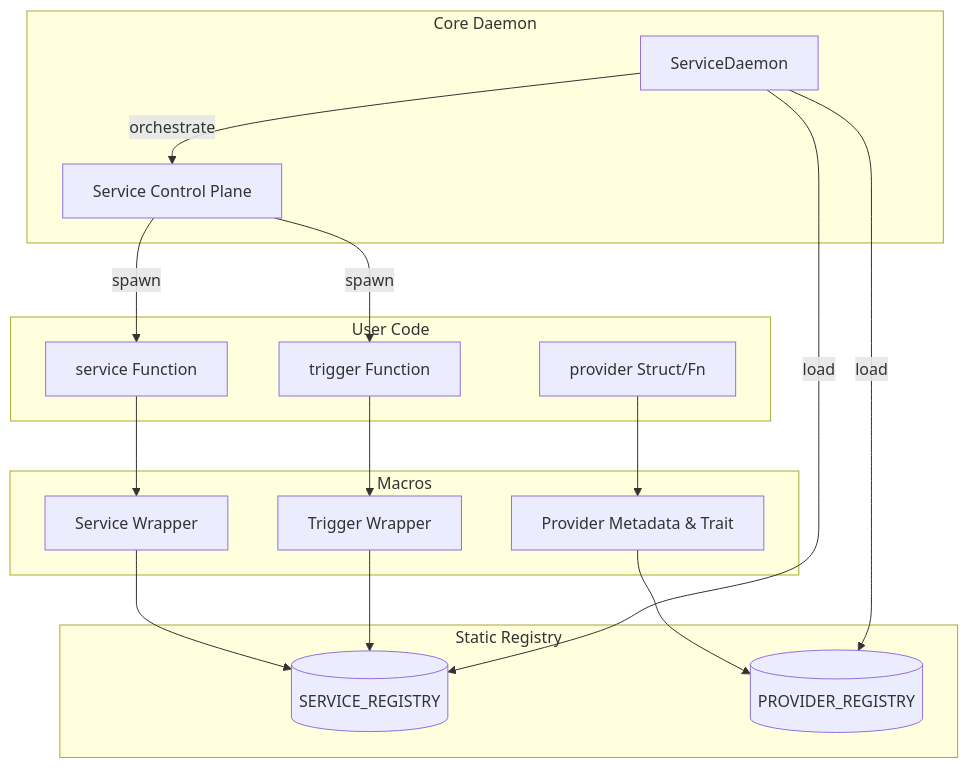
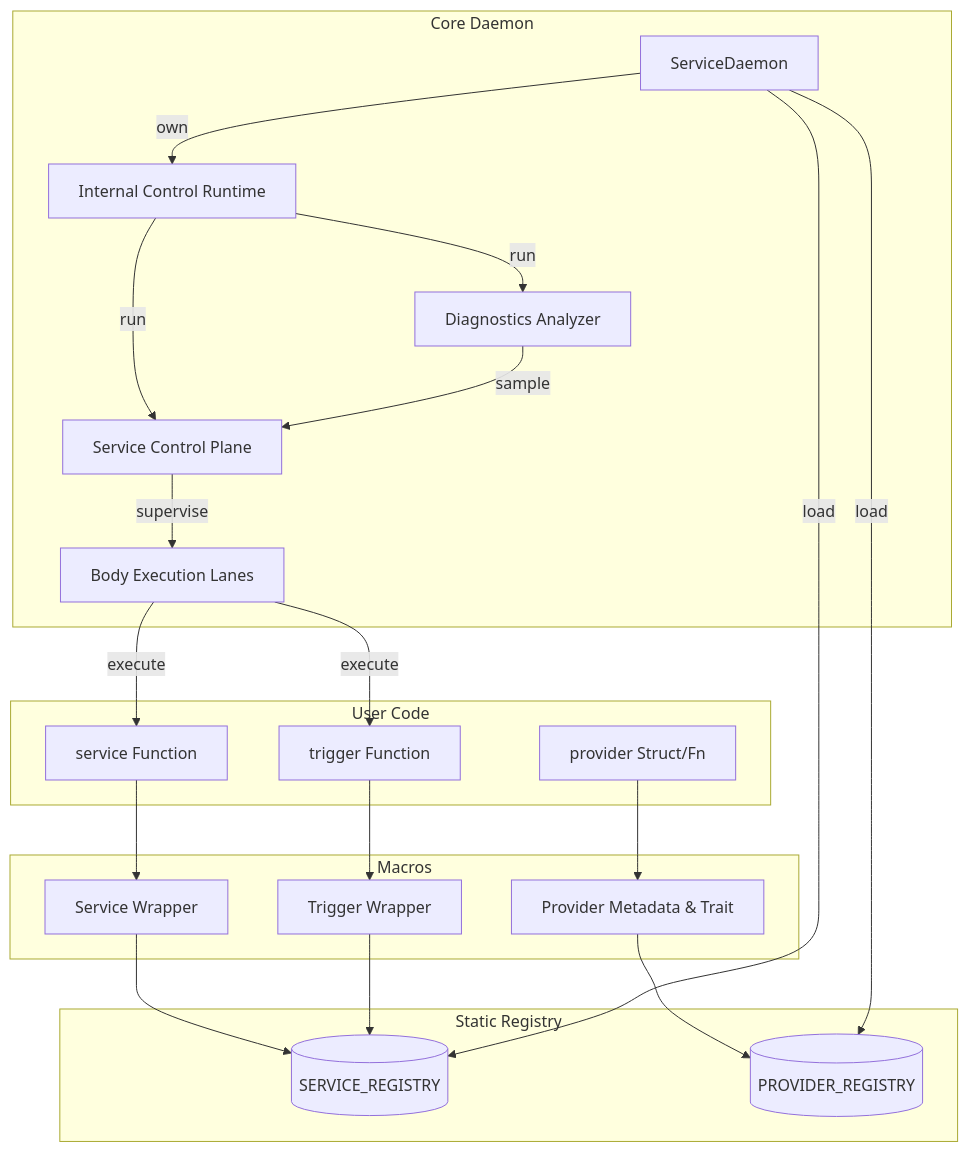
One commit to loft-games/service-daemon-rs changed the first of 2 diagrams in docs/architecture/internal-overview.md. Above: the diagram before and after it, drawn with Mermaid. The commit also changed other lines of this file and 288 other files, not shown here.

````diff
--- a/docs/architecture/internal-overview.md
+++ b/docs/architecture/internal-overview.md
@@ -32,33 +46,40 @@
 ```mermaid
 graph TD
     subgraph User_Code ["User Code"]
         S["service Function"]
         P["provider Struct/Fn"]
         T["trigger Function"]
     end
 
     subgraph Macro_Gen ["Macros"]
         M_S[Service Wrapper]
         M_P[Provider Metadata & Trait]
         M_T[Trigger Wrapper]
     end
 
     subgraph Static_Registry ["Static Registry"]
         SR[("SERVICE_REGISTRY")]
         PR[("PROVIDER_REGISTRY")]
     end
 
     subgraph Core_Daemon ["Core Daemon"]
         SD[ServiceDaemon]
+        CR[Internal Control Runtime]
         SCP[Service Control Plane]
+        AD[Diagnostics Analyzer]
+        BL[Body Execution Lanes]
     end
 
     S --> M_S --> SR
     P --> M_P --> PR
     T --> M_T --> SR
 
     SD -->|load| SR & PR
-    SD -->|orchestrate| SCP
-    SCP -->|spawn| S
-    SCP -->|spawn| T
+    SD -->|own| CR
+    CR -->|run| SCP
+    CR -->|run| AD
+    AD -->|sample| SCP
+    SCP -->|supervise| BL
+    BL -->|execute| S
+    BL -->|execute| T
 ```
````
